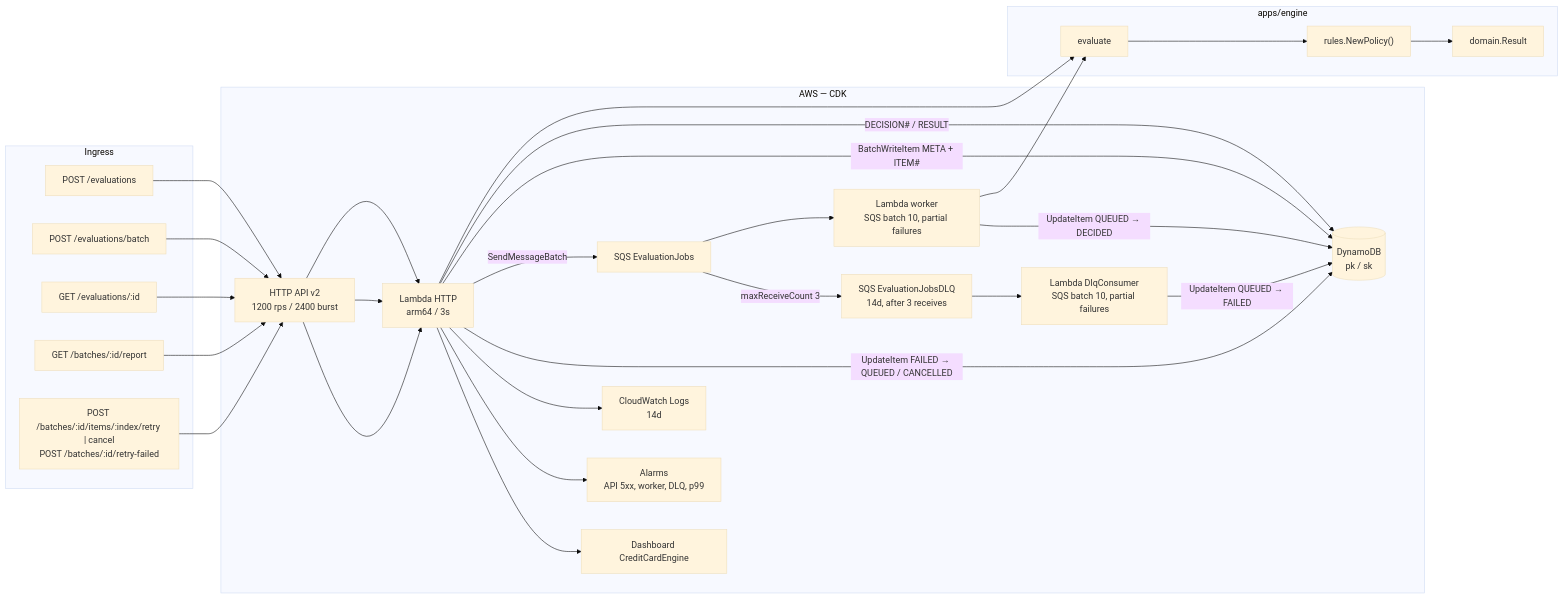
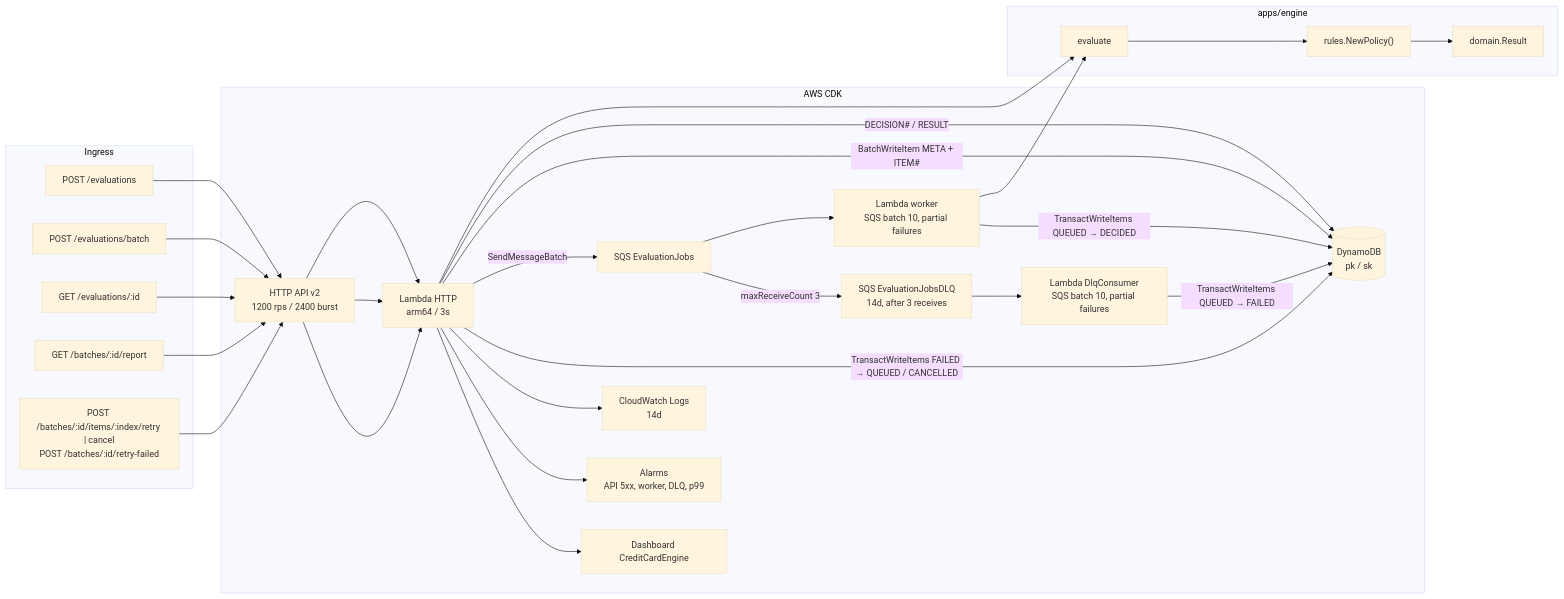
The first of 4 diagrams in docs/architecture.md (vitoladev/credit-card-engine), drawn with Mermaid (base theme) before and after one commit. The commit also changed other lines of this file and 1 other file, not shown here.

First line of the commit message:
docs: rewrite README and architecture for a first-read pass

````diff
--- a/docs/architecture.md
+++ b/docs/architecture.md
@@ -35,44 +34,44 @@
 ```mermaid
 flowchart LR
   subgraph clients [Ingress]
     sync["POST /evaluations"]
     batch["POST /evaluations/batch"]
     getOne["GET /evaluations/:id"]
     getReport["GET /batches/:id/report"]
     recover["POST /batches/:id/items/:index/retry | cancel\nPOST /batches/:id/retry-failed"]
   end
 
-  subgraph edge [AWS — CDK]
+  subgraph edge [AWS CDK]
     api["HTTP API v2\n1200 rps / 2400 burst"]
     fn["Lambda HTTP\narm64 / 3s"]
     q["SQS EvaluationJobs"]
     worker["Lambda worker\nSQS batch 10, partial failures"]
     dlq["SQS EvaluationJobsDLQ\n14d, after 3 receives"]
     dlqFn["Lambda DlqConsumer\nSQS batch 10, partial failures"]
     ddb[("DynamoDB\npk / sk")]
     logs["CloudWatch Logs\n14d"]
     alarms["Alarms\nAPI 5xx, worker, DLQ, p99"]
     dash["Dashboard CreditCardEngine"]
   end
 
   subgraph core [apps/engine]
     ev["evaluate"]
     chain["rules.NewPolicy()"]
     domain["domain.Result"]
   end
 
   sync --> api --> fn --> ev
   fn -->|"DECISION# / RESULT"| ddb
   batch --> api --> fn -->|"BatchWriteItem META + ITEM#"| ddb
   fn -->|SendMessageBatch| q --> worker --> ev
-  worker -->|"UpdateItem QUEUED → DECIDED"| ddb
+  worker -->|"TransactWriteItems QUEUED → DECIDED"| ddb
   q -->|"maxReceiveCount 3"| dlq --> dlqFn
-  dlqFn -->|"UpdateItem QUEUED → FAILED"| ddb
-  recover --> api --> fn -->|"UpdateItem FAILED → QUEUED / CANCELLED"| ddb
+  dlqFn -->|"TransactWriteItems QUEUED → FAILED"| ddb
+  recover --> api --> fn -->|"TransactWriteItems FAILED → QUEUED / CANCELLED"| ddb
   getOne --> api
   getReport --> api
   ev --> chain --> domain
   fn --> logs
   fn --> alarms
   fn --> dash
 ```
````
